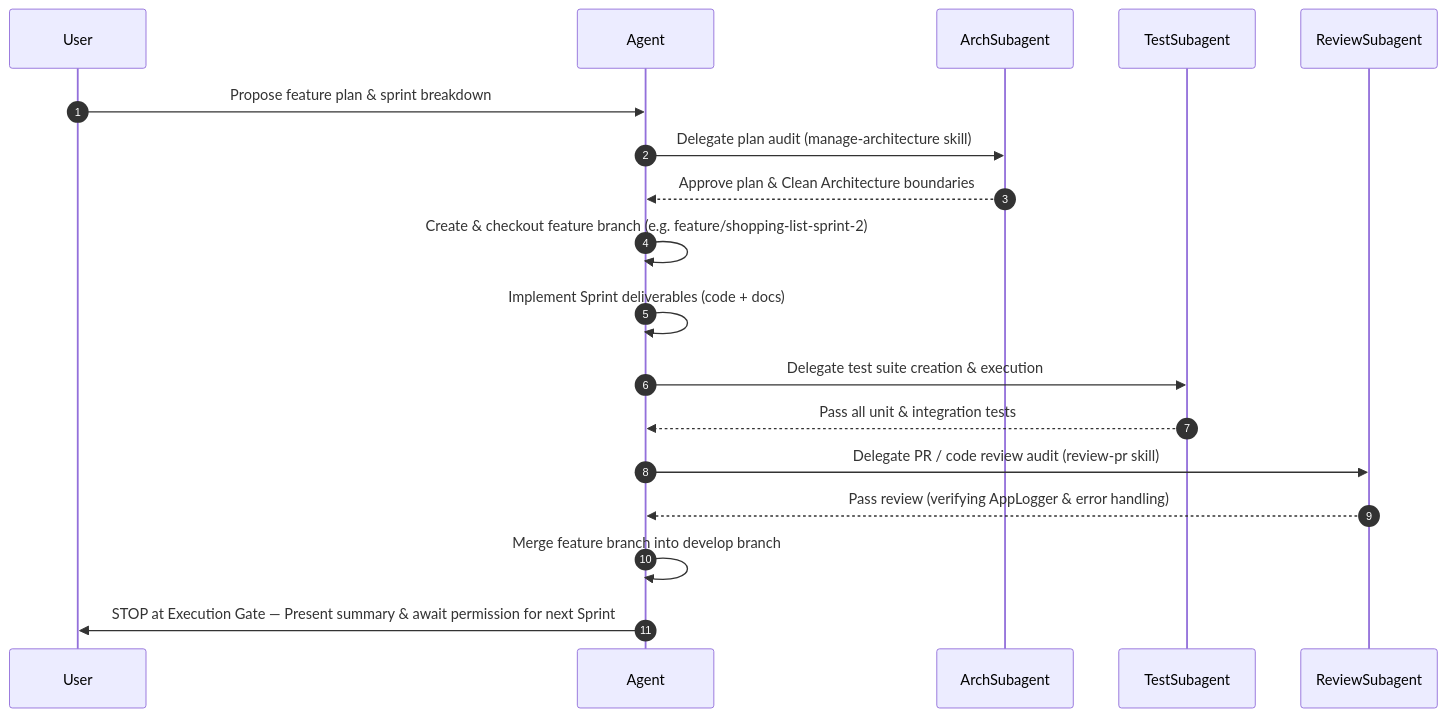
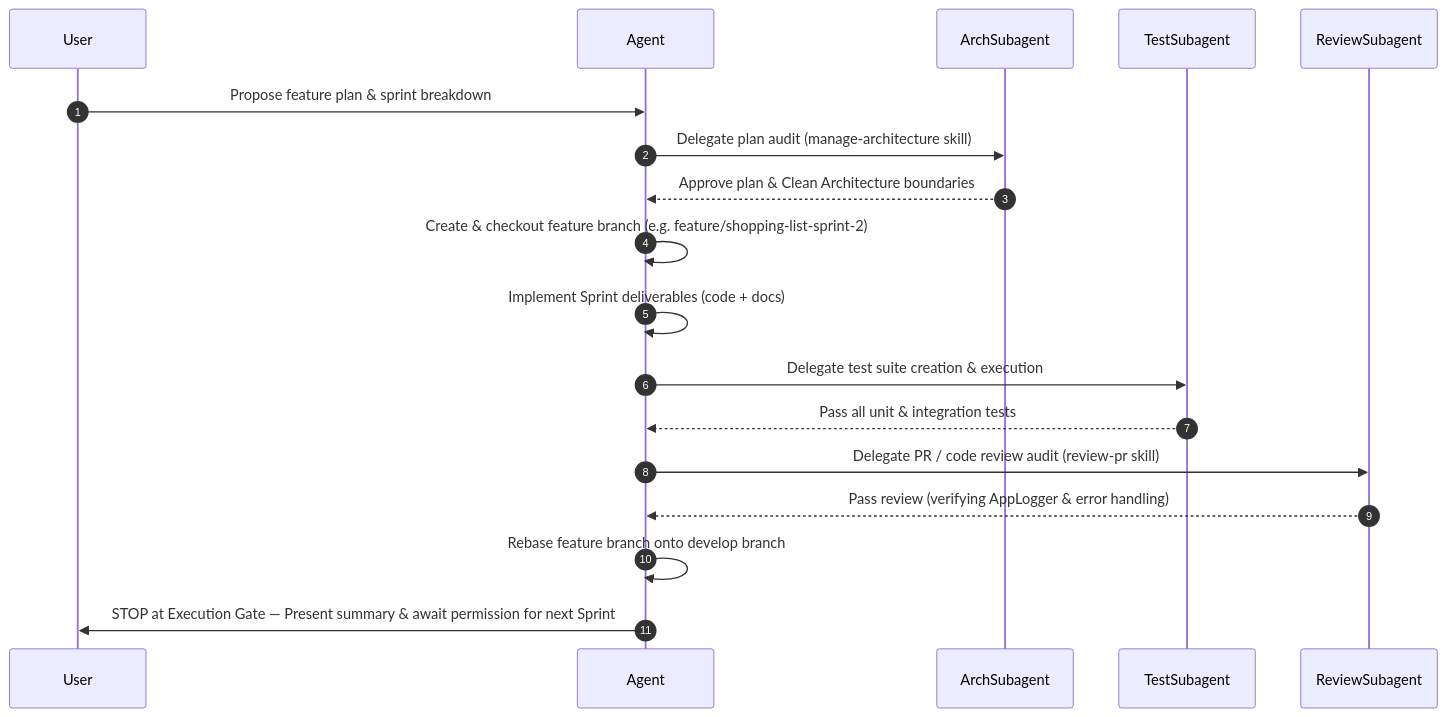
One commit to guyc2/ShoppingExplore changed the diagram in .agents/skills/gitflow-sprint-workflow/SKILL.md. Above: the diagram before and after it, drawn with Mermaid. The commit also changed other lines of this file and 5 other files, not shown here.

Commit message:
docs: update branching instructions to use rebase instead of merge

````diff
--- a/.agents/skills/gitflow-sprint-workflow/SKILL.md
+++ b/.agents/skills/gitflow-sprint-workflow/SKILL.md
@@ -26,15 +26,15 @@
 ```mermaid
 sequenceDiagram
     autonumber
     User->>Agent: Propose feature plan & sprint breakdown
     Agent->>ArchSubagent: Delegate plan audit (manage-architecture skill)
     ArchSubagent-->>Agent: Approve plan & Clean Architecture boundaries
     Agent->>Agent: Create & checkout feature branch (e.g. feature/shopping-list-sprint-2)
     Agent->>Agent: Implement Sprint deliverables (code + docs)
     Agent->>TestSubagent: Delegate test suite creation & execution
     TestSubagent-->>Agent: Pass all unit & integration tests
     Agent->>ReviewSubagent: Delegate PR / code review audit (review-pr skill)
     ReviewSubagent-->>Agent: Pass review (verifying AppLogger & error handling)
-    Agent->>Agent: Merge feature branch into develop branch
+    Agent->>Agent: Rebase feature branch onto develop branch
     Agent->>User: STOP at Execution Gate — Present summary & await permission for next Sprint
 ```
````
